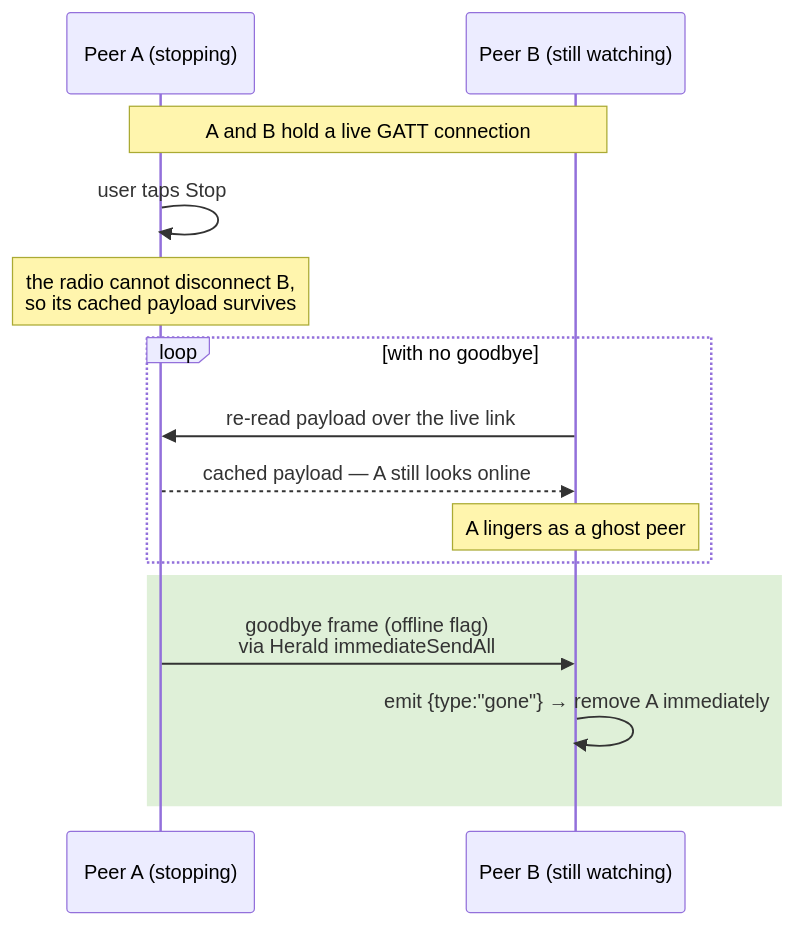
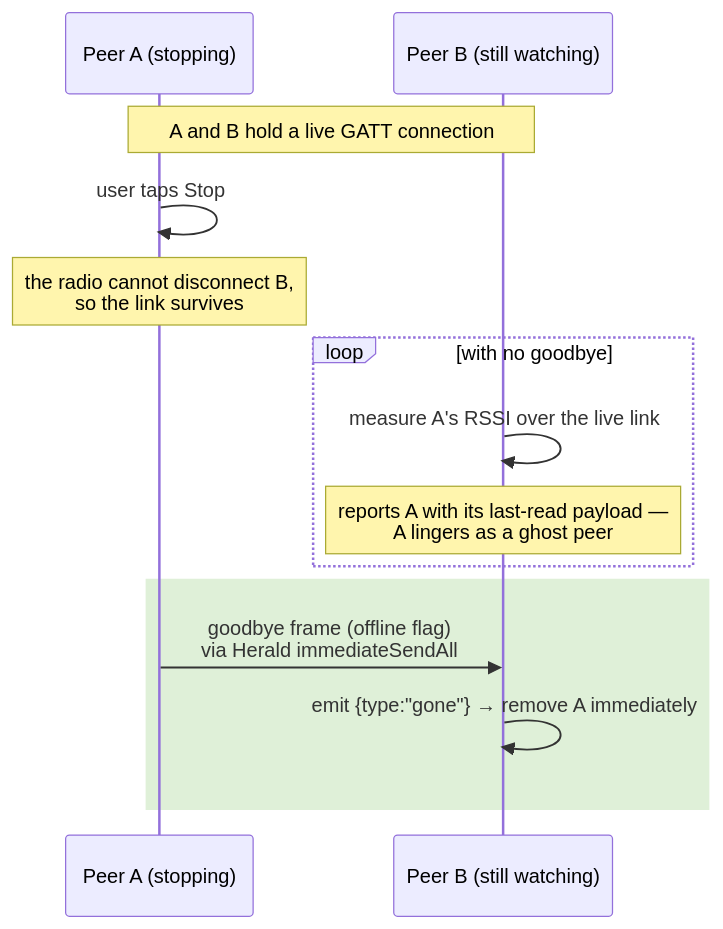
The first of 5 diagrams in README.md (agrozdani/flutter-ble-proximity-bridge), drawn with Mermaid before and after one commit. The commit also changed other lines of this file and 4 other files, not shown here.

````diff
--- a/README.md
+++ b/README.md
@@ -56,18 +57,17 @@
 ```mermaid
 sequenceDiagram
     participant A as Peer A (stopping)
     participant B as Peer B (still watching)
 
     Note over A,B: A and B hold a live GATT connection
     A->>A: user taps Stop
-    Note over A: the radio cannot disconnect B,<br/>so its cached payload survives
+    Note over A: the radio cannot disconnect B,<br/>so the link survives
     loop with no goodbye
-        B->>A: re-read payload over the live link
-        A-->>B: cached payload — A still looks online
-        Note over B: A lingers as a ghost peer
+        B->>B: measure A's RSSI over the live link
+        Note over B: reports A with its last-read payload —<br/>A lingers as a ghost peer
     end
     rect rgb(223, 240, 216)
         A->>B: goodbye frame (offline flag)<br/>via Herald immediateSendAll
         B->>B: emit {type:"gone"} → remove A immediately
     end
 ```
````
